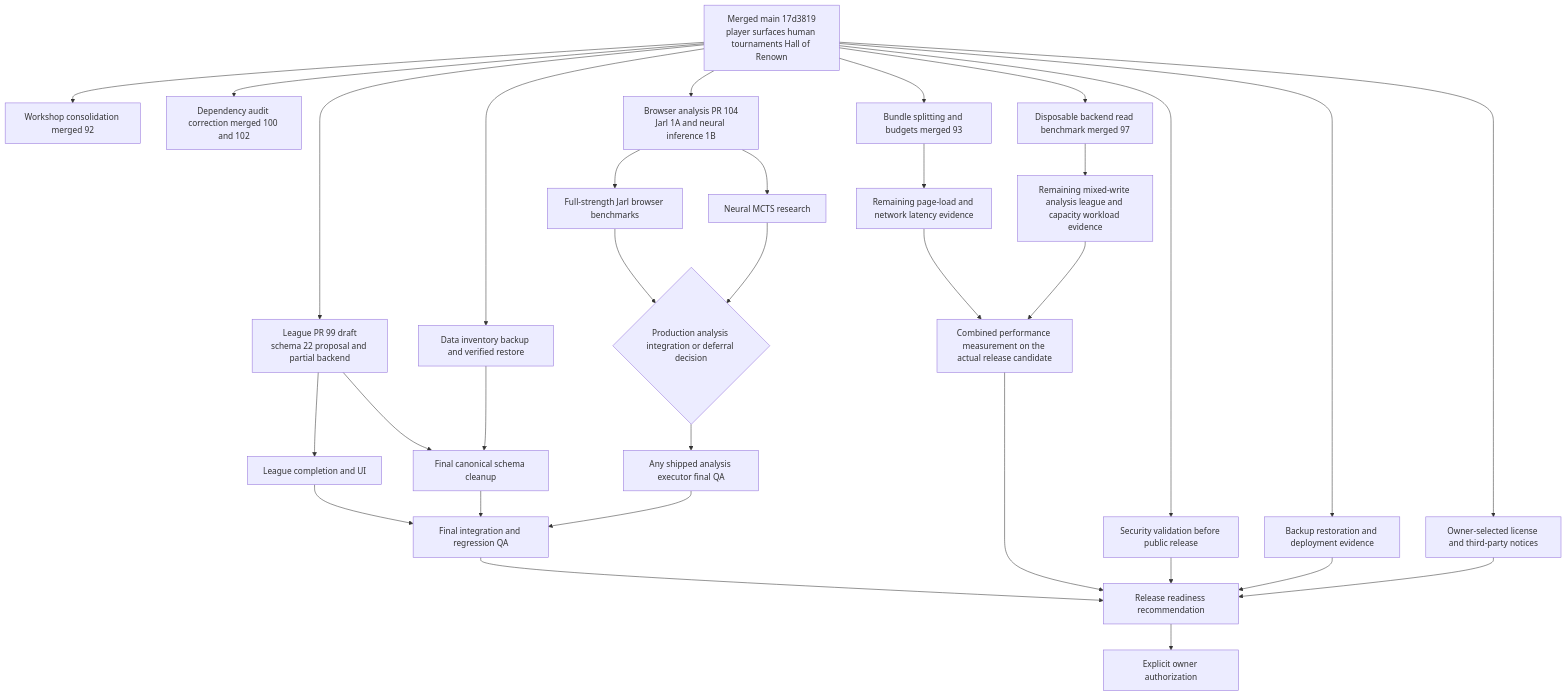
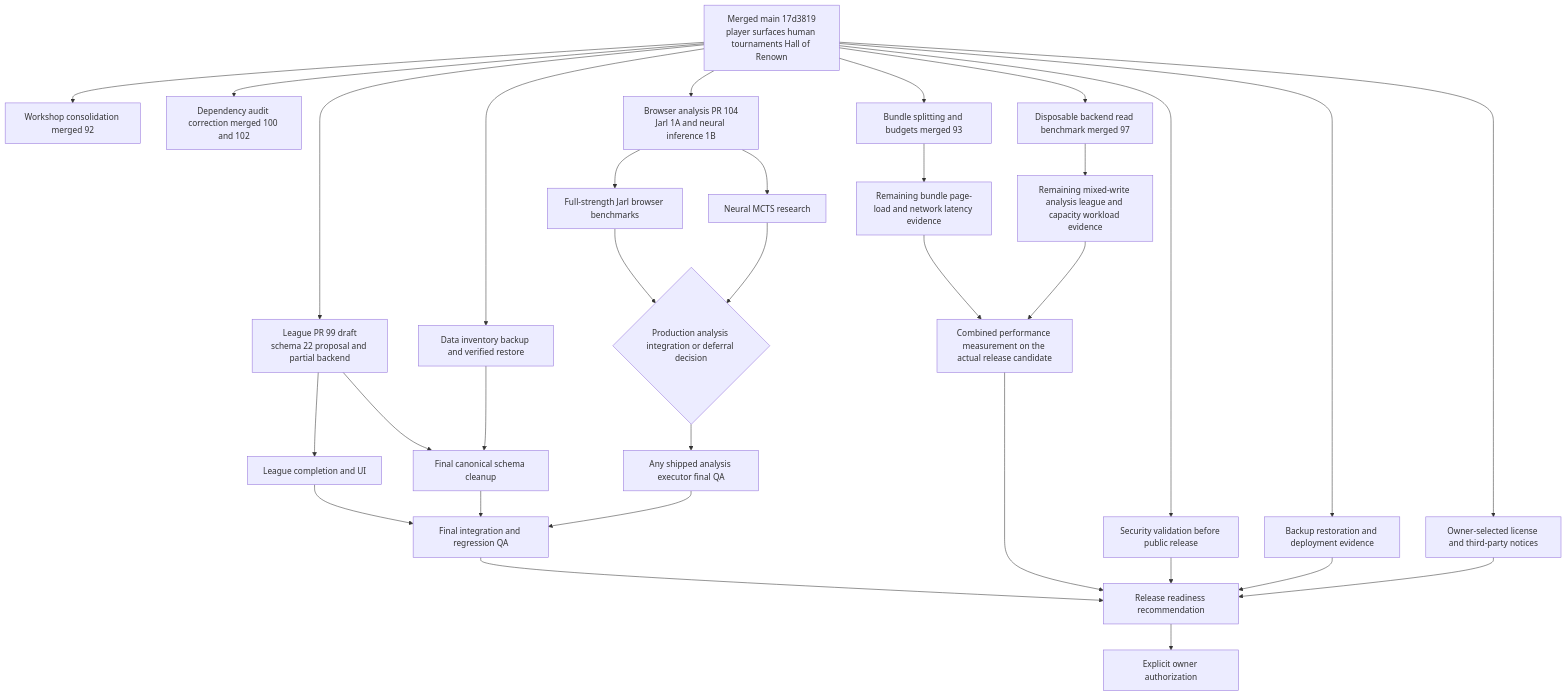
One commit to freeDom-/hnefatafl changed the diagram in docs/designs/arena-current-completeness.md. Above: the diagram before and after it, drawn with Mermaid.

Commit message:
docs: name remaining bundle evidence in the roadmap graph

````diff
--- a/docs/designs/arena-current-completeness.md
+++ b/docs/designs/arena-current-completeness.md
@@ -197,39 +197,39 @@
 ```mermaid
 flowchart TD
   M[Merged main 17d3819<br/>player surfaces human tournaments Hall of Renown]
   W[Workshop consolidation merged 92]
   AUD[Dependency audit correction merged 100 and 102]
   B[Bundle splitting and budgets merged 93]
   R[Disposable backend read benchmark merged 97]
   M --> W
   M --> AUD
   M --> B
   M --> R
   M --> L[League PR 99 draft<br/>schema 22 proposal and partial backend]
   L --> LU[League completion and UI]
   L --> SC[Final canonical schema cleanup]
   M --> DI[Data inventory backup and verified restore]
   DI --> SC
   LU --> QA[Final integration and regression QA]
   SC --> QA
   M --> BX[Browser analysis PR 104<br/>Jarl 1A and neural inference 1B]
   BX --> BJ[Full-strength Jarl browser benchmarks]
   BX --> NM[Neural MCTS research]
   BJ --> AD{Production analysis integration or deferral decision}
   NM --> AD
   AD --> AX[Any shipped analysis executor final QA]
   AX --> QA
-  B --> P1[Remaining page-load and network latency evidence]
+  B --> P1[Remaining bundle page-load and network latency evidence]
   R --> P2[Remaining mixed-write analysis league and capacity workload evidence]
   P1 --> PERF[Combined performance measurement on the actual release candidate]
   P2 --> PERF
   M --> SEC[Security validation before public release]
   M --> DEP[Backup restoration and deployment evidence]
   M --> LIC[Owner-selected license and third-party notices]
   QA --> REL[Release readiness recommendation]
   PERF --> REL
   SEC --> REL
   DEP --> REL
   LIC --> REL
   REL --> OWN[Explicit owner authorization]
 ```
````
